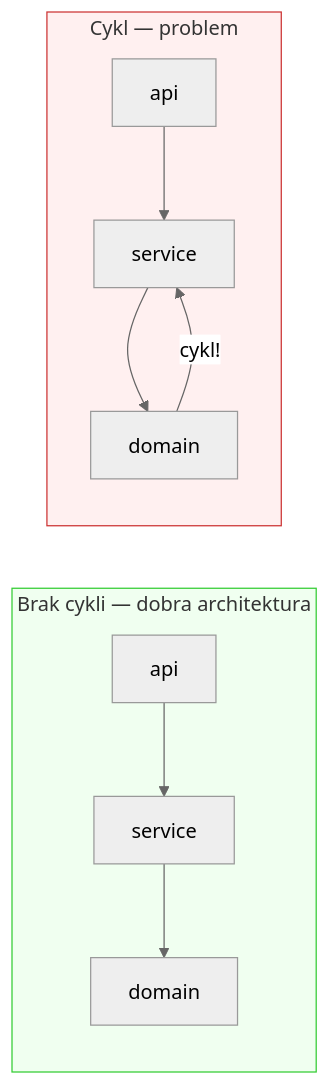
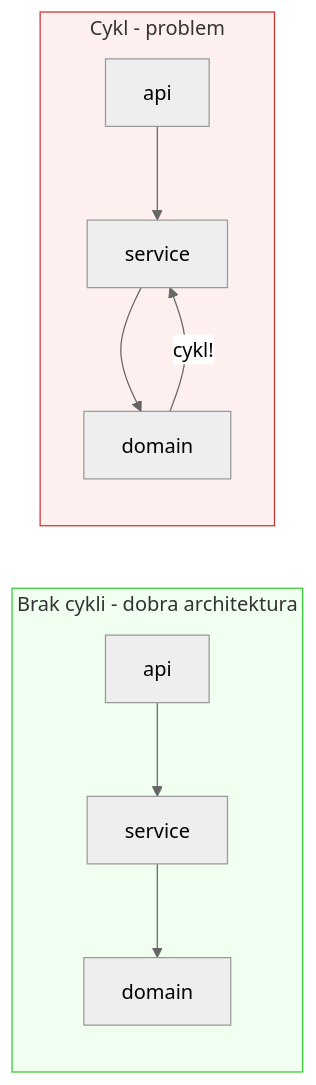
The fourth of 14 diagrams in artifacts/qse_podrecznik.md (PiotrGry/qse-pkg), drawn with Mermaid (neutral theme) before and after one commit. The commit also changed other lines of this file and 46 other files, not shown here.

````diff
--- a/artifacts/qse_podrecznik.md
+++ b/artifacts/qse_podrecznik.md
@@ -361,13 +361,13 @@
 ```mermaid
 graph LR
-    subgraph good["Brak cykli — dobra architektura"]
+    subgraph good["Brak cykli - dobra architektura"]
         api1[api] --> service1[service] --> domain1[domain]
     end
-    subgraph bad["Cykl — problem"]
+    subgraph bad["Cykl - problem"]
         api2[api] --> service2[service]
         service2 --> domain2[domain]
         domain2 -->|cykl!| service2
     end
     style bad fill:#fff0f0,stroke:#cc3333
     style good fill:#f0fff0,stroke:#33cc33
 ```
````
